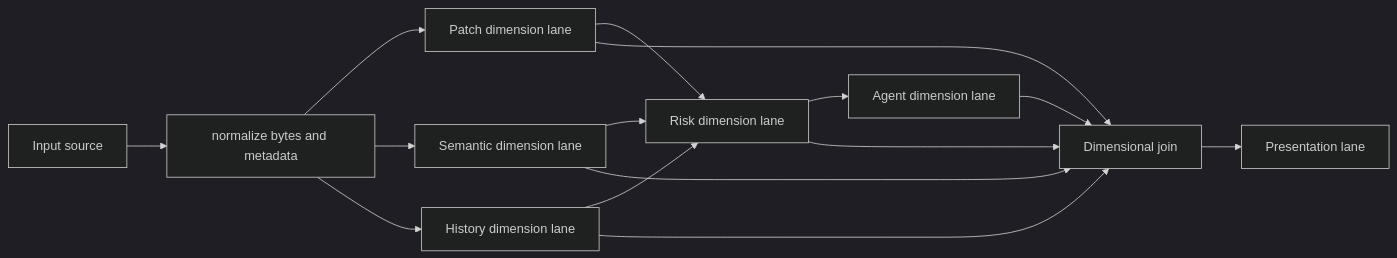
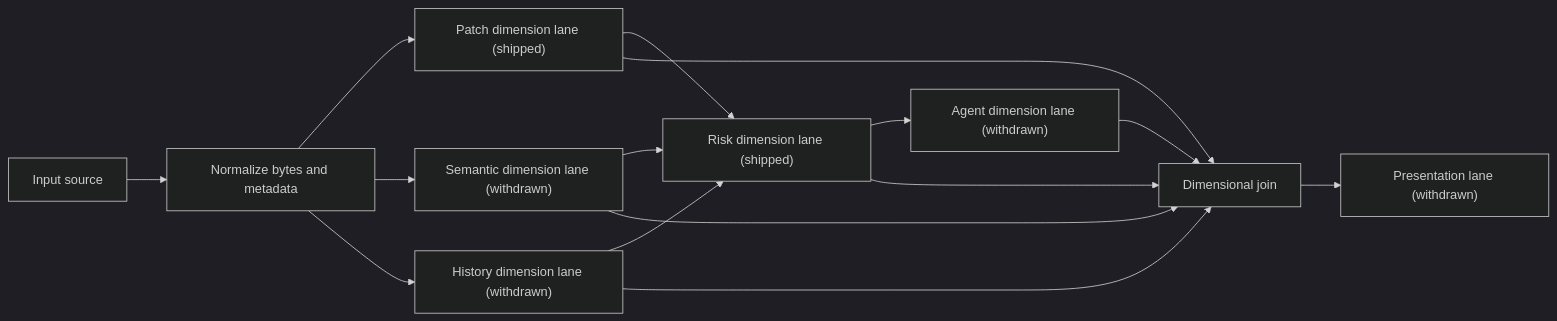
The diagram in docs/DIMENSIONAL_EXECUTION_MODEL.md (Louranicas/deep-diff-forge), drawn with Mermaid (dark theme) before and after one commit. The commit also changed other lines of this file and 36 other files, not shown here.

First line of the commit message:
docs: comprehensive v0.11.0 documentation and schematics overhaul

````diff
--- a/docs/DIMENSIONAL_EXECUTION_MODEL.md
+++ b/docs/DIMENSIONAL_EXECUTION_MODEL.md
@@ -67,27 +61,27 @@
 ```mermaid
 flowchart LR
-    Source[Input source]
-    Normalize[normalize bytes and metadata]
-    Patch[Patch dimension lane]
-    Semantic[Semantic dimension lane]
-    History[History dimension lane]
-    Risk[Risk dimension lane]
-    Agent[Agent dimension lane]
-    Join[Dimensional join]
-    Presentation[Presentation lane]
+    Source["Input source"]
+    Normalize["Normalize bytes and metadata"]
+    Patch["Patch dimension lane (shipped)"]
+    Semantic["Semantic dimension lane (withdrawn)"]
+    History["History dimension lane (withdrawn)"]
+    Risk["Risk dimension lane (shipped)"]
+    Agent["Agent dimension lane (withdrawn)"]
+    Join["Dimensional join"]
+    Presentation["Presentation lane (withdrawn)"]
 
     Source --> Normalize
     Normalize --> Patch
     Normalize --> Semantic
     Normalize --> History
     Patch --> Risk
     Semantic --> Risk
     History --> Risk
     Risk --> Agent
     Patch --> Join
     Semantic --> Join
     History --> Join
     Risk --> Join
     Agent --> Join
     Join --> Presentation
 ```
````
